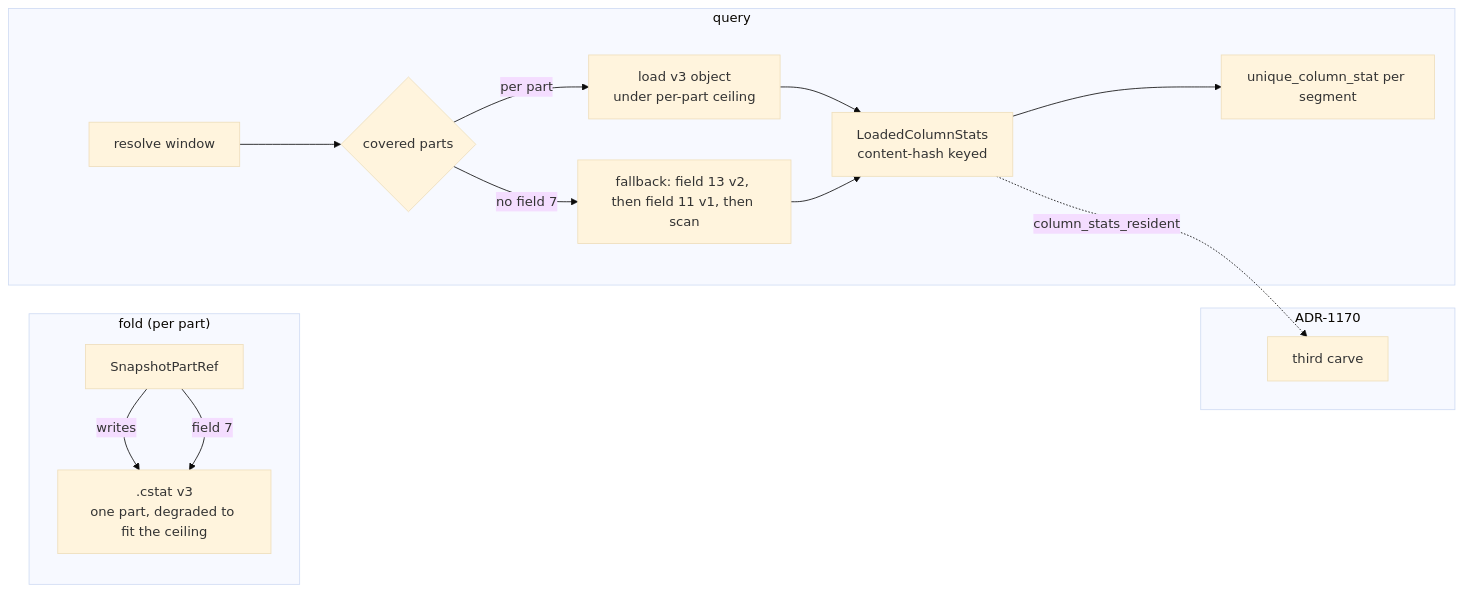
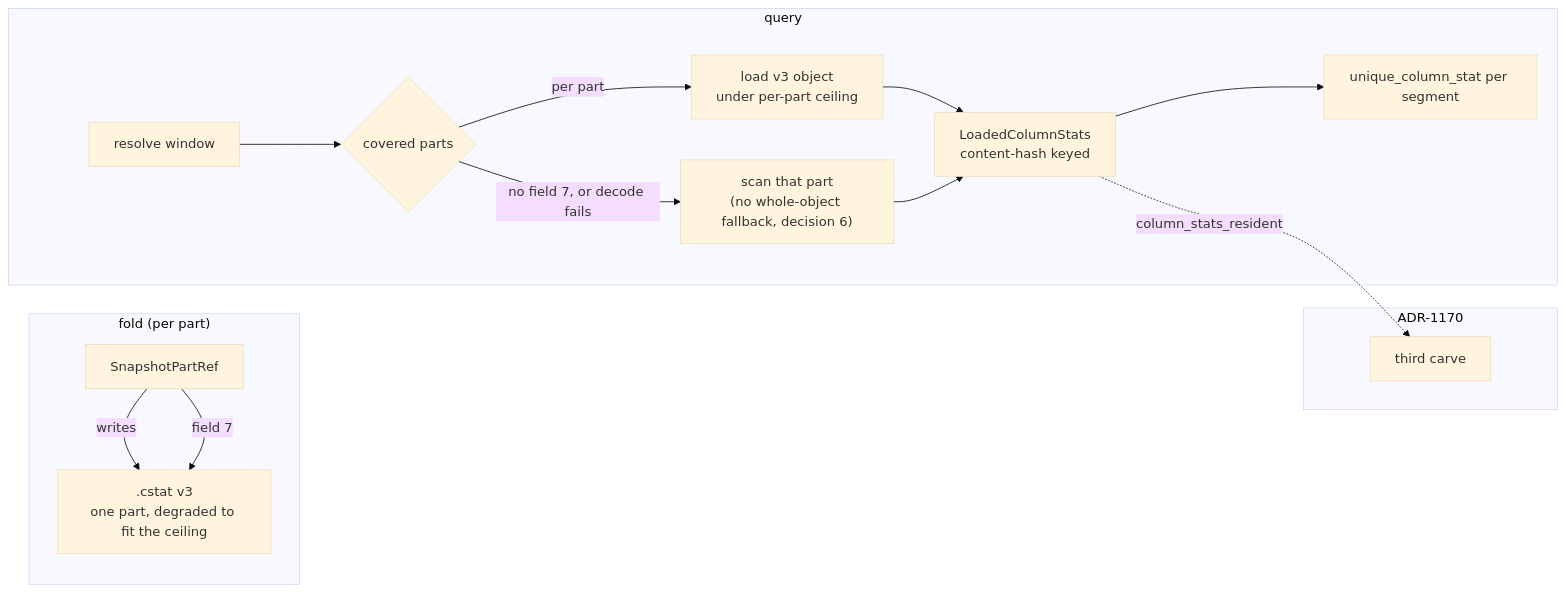
Before and after one commit to NOFireAI/ravel: the diagram in docs/adrs/1413-split-cstat-per-part.md, drawn with Mermaid (base theme). The commit also changed other lines of this file, not shown here.

First line of the commit message:
docs: propagate ADR-1413 decision 6 through the whole document

````diff
--- a/docs/adrs/1413-split-cstat-per-part.md
+++ b/docs/adrs/1413-split-cstat-per-part.md
@@ -338,18 +357,18 @@
 ```mermaid
 flowchart LR
   subgraph fold["fold (per part)"]
     P[SnapshotPartRef] -->|writes| S[".cstat v3<br/>one part, degraded to fit the ceiling"]
     P -->|field 7| S
   end
   subgraph query["query"]
     R[resolve window] --> C{covered parts}
     C -->|per part| L[load v3 object<br/>under per-part ceiling]
-    C -->|no field 7| F["fallback: field 13 v2, then field 11 v1, then scan"]
+    C -->|no field 7, or decode fails| F["scan that part<br/>(no whole-object fallback, decision 6)"]
     L --> M[LoadedColumnStats<br/>content-hash keyed]
     F --> M
     M --> U[unique_column_stat per segment]
   end
   subgraph budget["ADR-1170"]
     M -.->|column_stats_resident| B[third carve]
   end
 ```
````
